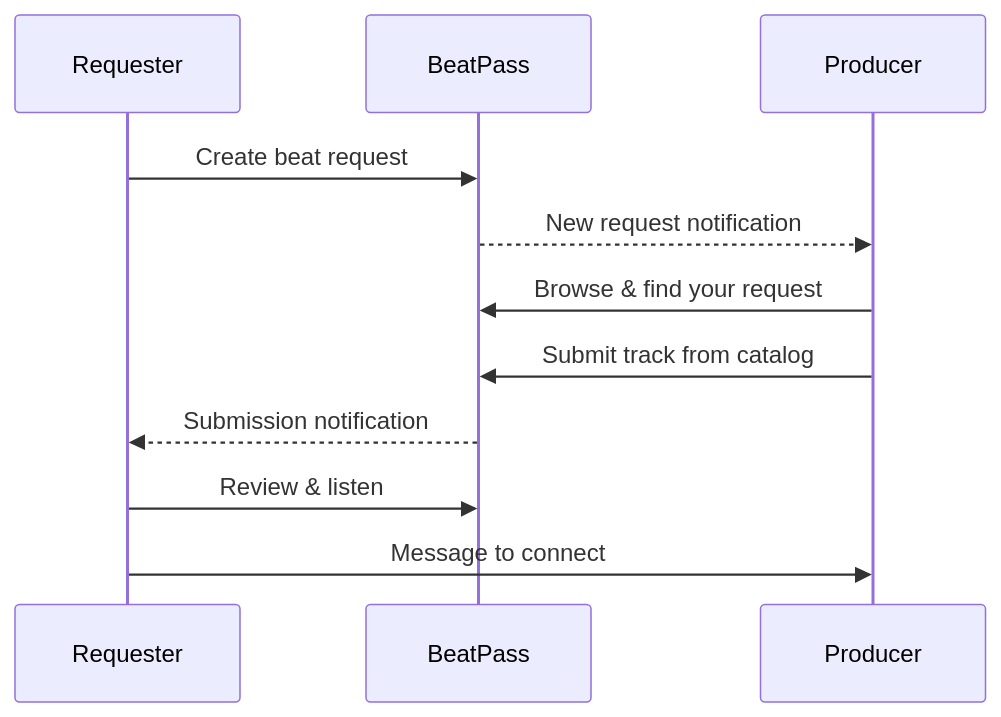
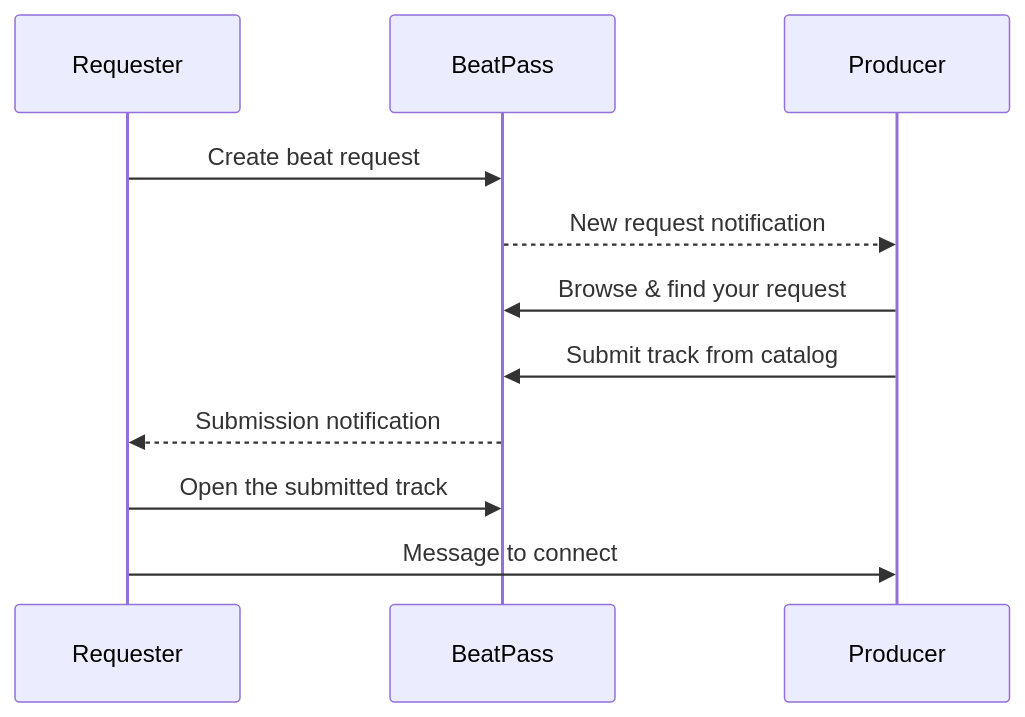
Before and after one commit to alliancewav/mintlify-docs: the diagram in help/beat-requests/receiving-submissions.mdx, drawn with Mermaid. The commit also changed other lines of this file and 240 other files, not shown here.

````diff
--- a/help/beat-requests/receiving-submissions.mdx
+++ b/help/beat-requests/receiving-submissions.mdx
@@ -25,14 +25,14 @@
 ```mermaid
 sequenceDiagram
     participant You as Requester
     participant BP as BeatPass
     participant Prod as Producer
 
     You->>BP: Create beat request
     BP-->>Prod: New request notification
     Prod->>BP: Browse & find your request
     Prod->>BP: Submit track from catalog
     BP-->>You: Submission notification
-    You->>BP: Review & listen
+    You->>BP: Open the submitted track
     You->>Prod: Message to connect
 ```
````
